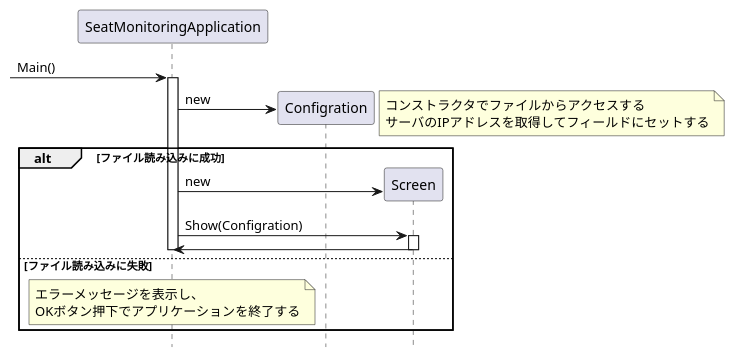
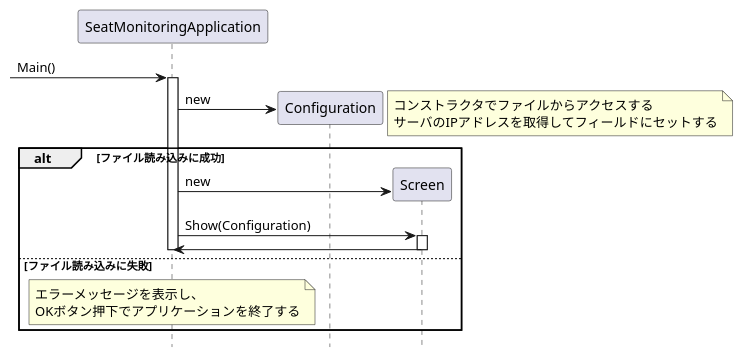
The diagram in doc/詳細設計/構成図(.pu)/座席監視アプリ起動シーケンス図.pu (KeisukeSugita/Seat-monitoring-system), drawn with PlantUML before and after one commit. The commit also changed 3 other files, not shown here.

```diff
--- a/doc/詳細設計/構成図(.pu)/座席監視アプリ起動シーケンス図.pu
+++ b/doc/詳細設計/構成図(.pu)/座席監視アプリ起動シーケンス図.pu
@@ -1,32 +1,32 @@
 @startuml 座席監視アプリ起動シーケンス図
 hide footbox
 
 participant "SeatMonitoringApplication" as SeatMonitoringApplication
-participant "Configration" as Configration
+participant "Configuration" as Configuration
 participant "Screen" as Screen
 
 -> SeatMonitoringApplication :Main()
 activate SeatMonitoringApplication
-create Configration
-SeatMonitoringApplication -> Configration : new
+create Configuration
+SeatMonitoringApplication -> Configuration : new
 note right
 	コンストラクタでファイルからアクセスする
 	サーバのIPアドレスを取得してフィールドにセットする
 end note
 
 alt ファイル読み込みに成功
 	create Screen
 	SeatMonitoringApplication -> Screen : new
-	SeatMonitoringApplication -> Screen : Show(Configration)
+	SeatMonitoringApplication -> Screen : Show(Configuration)
 	activate Screen
 	SeatMonitoringApplication <- Screen
 	deactivate Screen
 else ファイル読み込みに失敗
 	note over SeatMonitoringApplication
 		エラーメッセージを表示し、
 		OKボタン押下でアプリケーションを終了する
 	end note
 	deactivate SeatMonitoringApplication
 end
 
 @enduml
```
